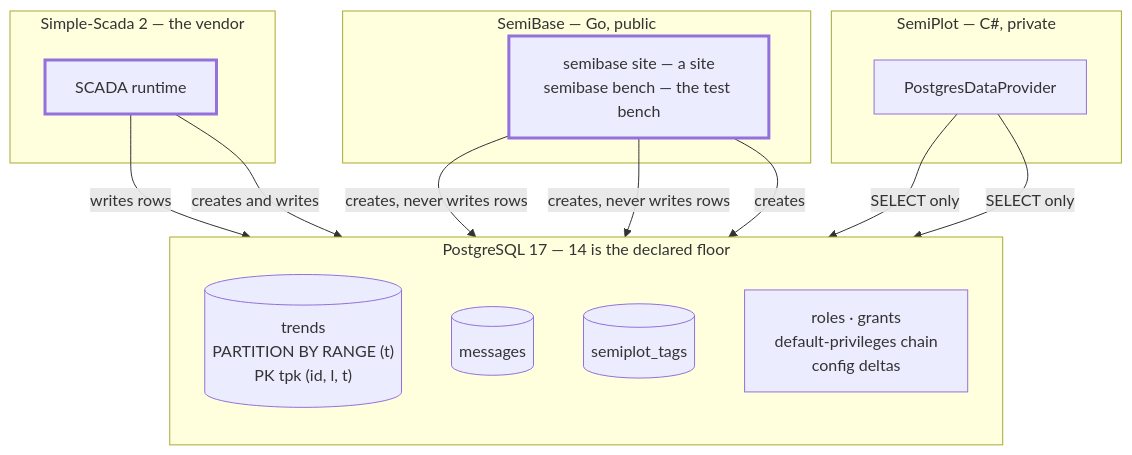
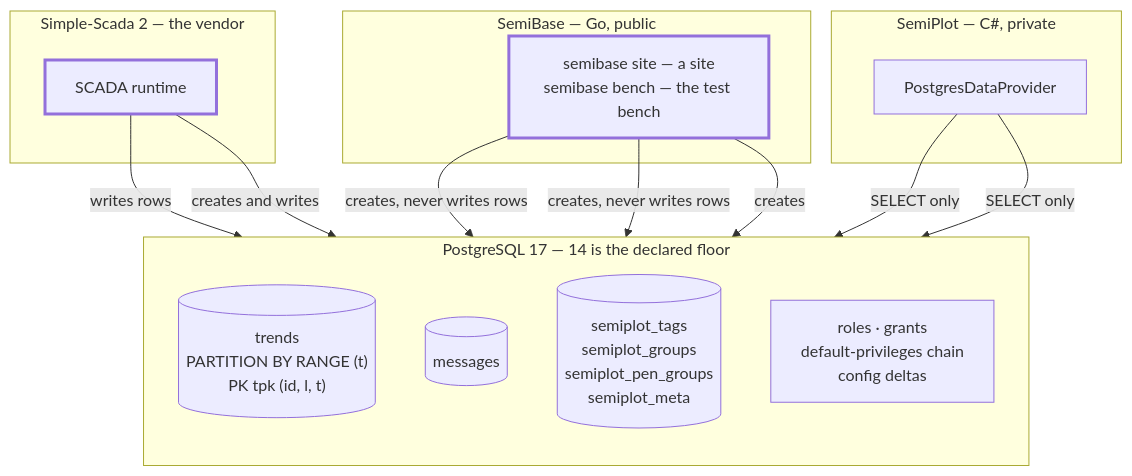
Before and after one commit to Semiteq/SemiPlot: the first of 5 diagrams in docs/architecture/postgres-topology.md, drawn with Mermaid. The commit also changed other lines of this file and 77 other files, not shown here.

````diff
--- a/docs/architecture/postgres-topology.md
+++ b/docs/architecture/postgres-topology.md
@@ -11,33 +11,33 @@
 ```mermaid
 flowchart TB
     subgraph vendor["Simple-Scada 2 — the vendor"]
         scada["SCADA runtime"]
     end
 
     subgraph semibase["SemiBase — Go, public"]
         prov["semibase site — a site<br/>semibase bench — the test bench"]
     end
 
     subgraph db["PostgreSQL 17 — 14 is the declared floor"]
         direction TB
         trends[("trends<br/>PARTITION BY RANGE (t)<br/>PK tpk (id, l, t)")]
         msgs[("messages")]
-        tags[("semiplot_tags")]
+        config[("semiplot_tags<br/>semiplot_groups<br/>semiplot_pen_groups<br/>semiplot_meta")]
         roles["roles · grants<br/>default-privileges chain<br/>config deltas"]
     end
 
     subgraph semiplot["SemiPlot — C#, private"]
         prov2["PostgresDataProvider"]
     end
 
     scada -- "writes rows" --> trends
     scada -- "creates and writes" --> msgs
     prov -- "creates, never writes rows" --> trends
-    prov -- "creates, never writes rows" --> tags
+    prov -- "creates, never writes rows" --> config
     prov -- "creates" --> roles
     prov2 -- "SELECT only" --> trends
-    prov2 -- "SELECT only" --> tags
+    prov2 -- "SELECT only" --> config
 
     classDef write stroke-width:3px
     class scada,prov write
 ```
````
